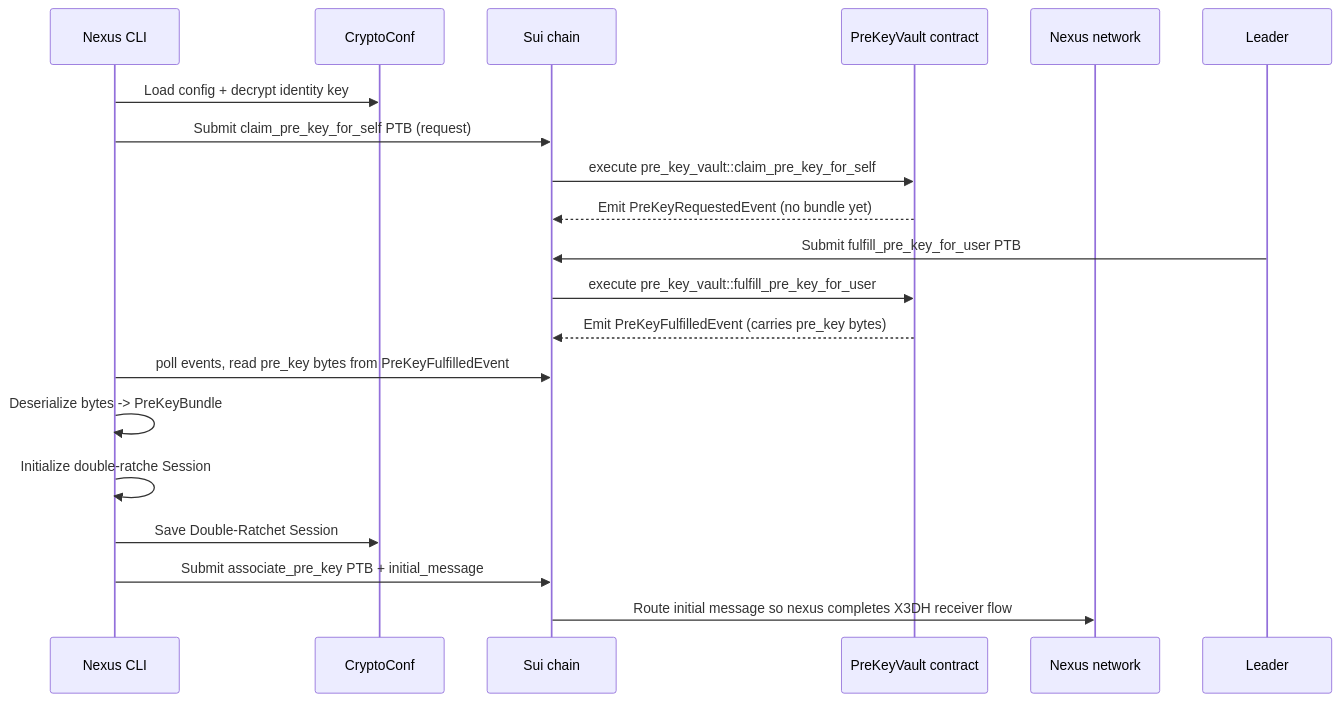
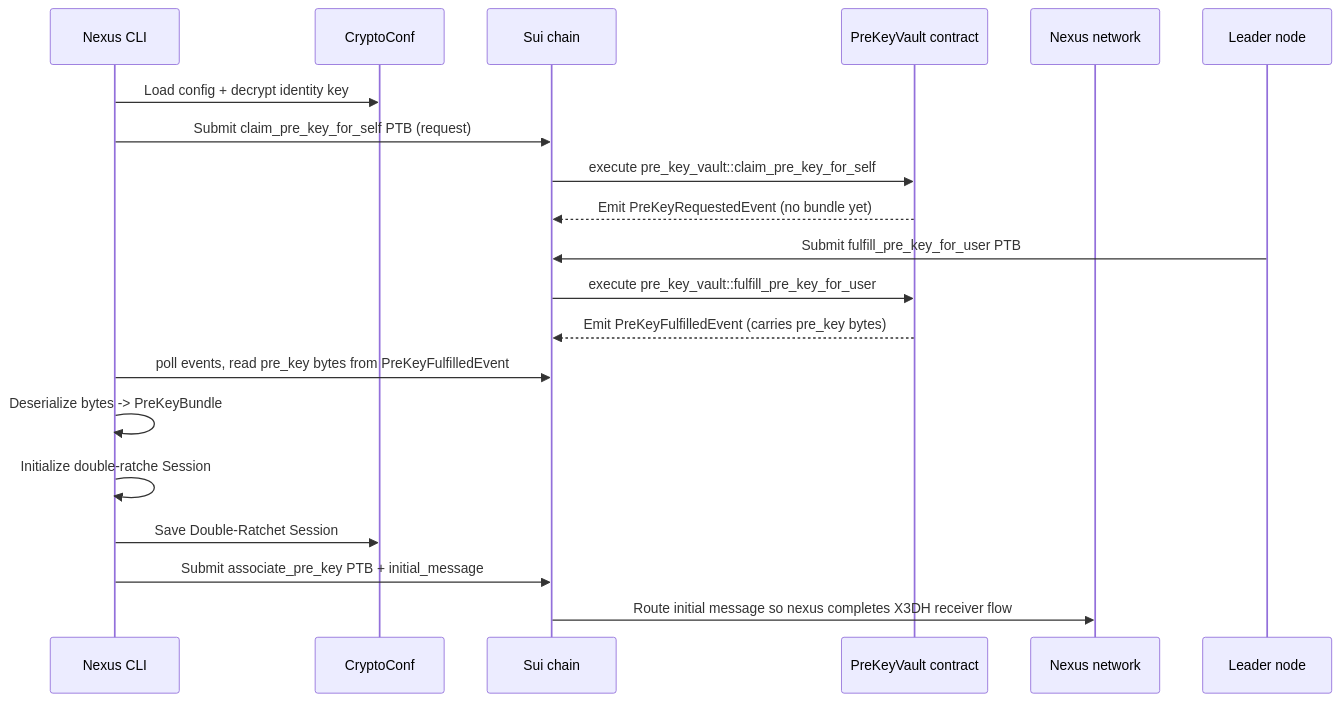
The diagram in nexus-sdk/guides/setup.md (Talus-Network/gitbook-docs), drawn with Mermaid before and after one commit. The commit also changed other lines of this file and 14 other files, not shown here.

````diff
--- a/nexus-sdk/guides/setup.md
+++ b/nexus-sdk/guides/setup.md
@@ -197,22 +197,23 @@
 ```mermaid
 sequenceDiagram
     participant CLI as Nexus CLI
     participant Conf as CryptoConf
     participant Sui as Sui chain
     participant Vault as PreKeyVault contract
     participant Network as Nexus network
+    participant LeaderNode as Leader node
 
     CLI->>Conf: Load config + decrypt identity key
     CLI->>Sui: Submit claim_pre_key_for_self PTB (request)
     Sui->>Vault: execute pre_key_vault::claim_pre_key_for_self
     Vault-->>Sui: Emit PreKeyRequestedEvent (no bundle yet)
-    Leader->>Sui: Submit fulfill_pre_key_for_user PTB
+    LeaderNode->>Sui: Submit fulfill_pre_key_for_user PTB
     Sui->>Vault: execute pre_key_vault::fulfill_pre_key_for_user
     Vault-->>Sui: Emit PreKeyFulfilledEvent (carries pre_key bytes)
     CLI->>Sui: poll events, read pre_key bytes from PreKeyFulfilledEvent
     CLI->>CLI: Deserialize bytes -> PreKeyBundle
     CLI->>CLI: Initialize double-ratche Session
     CLI->>Conf: Save Double-Ratchet Session
     CLI->>Sui: Submit associate_pre_key PTB + initial_message
     Sui->>Network: Route initial message so nexus completes X3DH receiver flow
 ```
````
